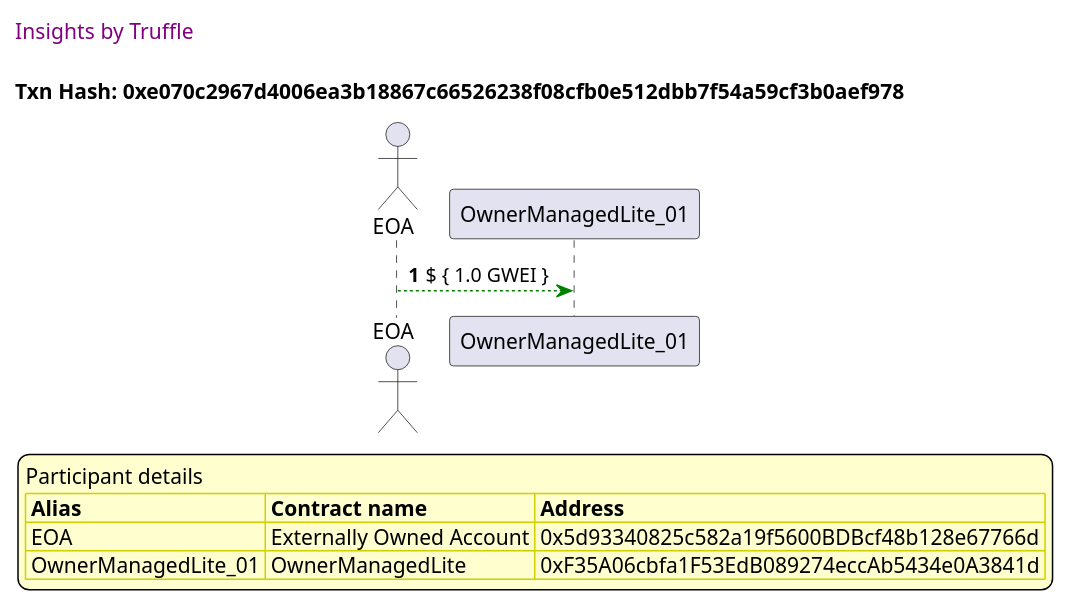
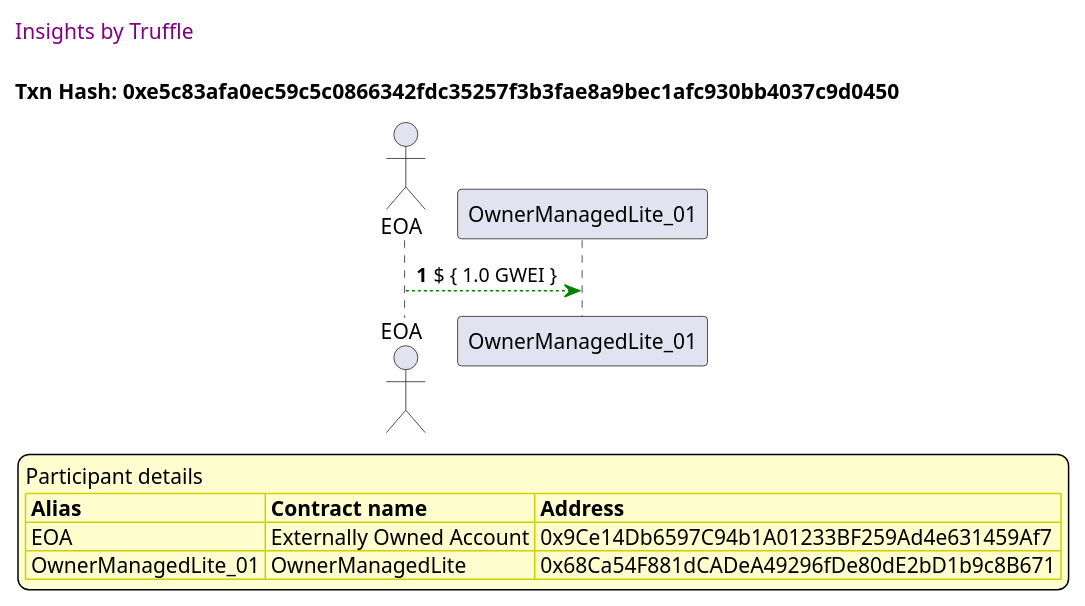
One commit to thedarkjester/ConsensysAssignment changed the third of 53 diagrams in truffle-seq/OwnerManagedLite_test_withdraw_and_fallback.md. Above: the diagram before and after it, drawn with PlantUML. The commit also changed other lines of this file and 13 other files, not shown here.

````diff
--- a/truffle-seq/OwnerManagedLite_test_withdraw_and_fallback.md
+++ b/truffle-seq/OwnerManagedLite_test_withdraw_and_fallback.md
@@ -103,36 +103,36 @@
 ```plantuml
 
 
 @startuml
 
 autonumber
 skinparam legendBackgroundColor #FEFECE
 
 <style>
       header {
         HorizontalAlignment left
         FontColor purple
         FontSize 14
         Padding 10
       }
     </style>
 
 header Insights by Truffle
 
-title Txn Hash: 0xe070c2967d4006ea3b18867c66526238f08cfb0e512dbb7f54a59cf3b0aef978
+title Txn Hash: 0xe5c83afa0ec59c5c0866342fdc35257f3b3fae8a9bec1afc930bb4037c9d0450
 
 
 actor EOA as "EOA"
 participant OwnerManagedLite_01 as "OwnerManagedLite_01"
 
 "EOA" -[#green]-> "OwnerManagedLite_01" : $ { 1.0 GWEI }
 
 legend
 Participant details
 <#FEFECE,#D0D000>|= Alias |= Contract name |= Address |
-<#FEFECE>| EOA | Externally Owned Account | 0x5d93340825c582a19f5600BDBcf48b128e67766d |
-<#FEFECE>| OwnerManagedLite_01 | OwnerManagedLite | 0xF35A06cbfa1F53EdB089274eccAb5434e0A3841d |
+<#FEFECE>| EOA | Externally Owned Account | 0x9Ce14Db6597C94b1A01233BF259Ad4e631459Af7 |
+<#FEFECE>| OwnerManagedLite_01 | OwnerManagedLite | 0x68Ca54F881dCADeA49296fDe80dE2bD1b9c8B671 |
 endlegend
 
 @enduml
 ```
````
